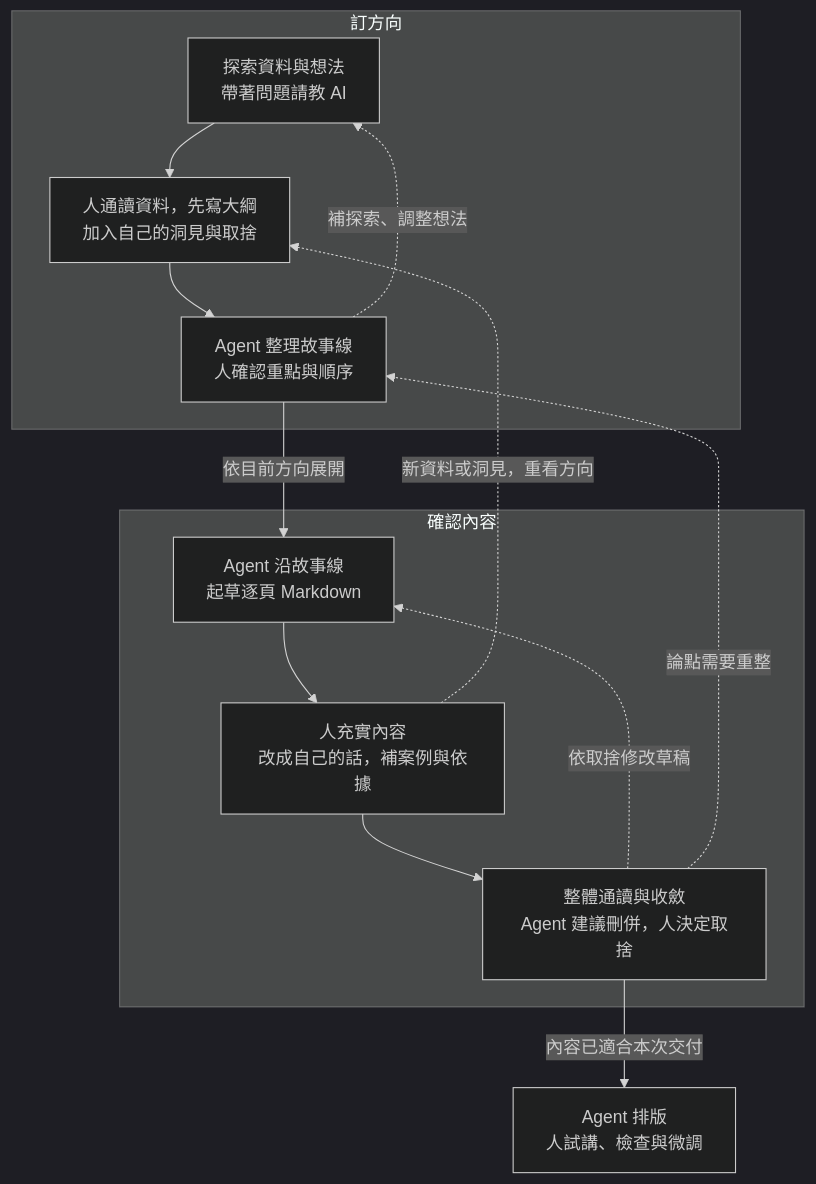
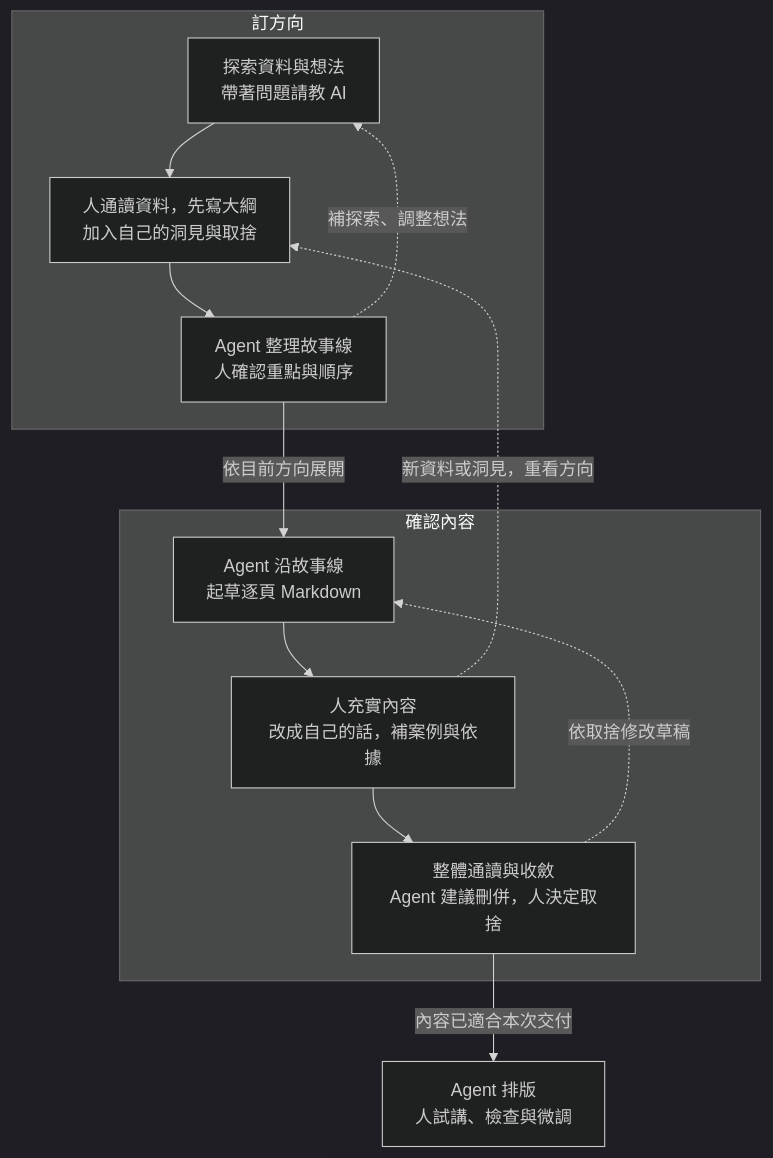
One commit to jimmy60504/agentic-knowledge-work changed the diagram in drafts/02-week2-presentation-lesson-plan.md. Above: the diagram before and after it, drawn with Mermaid (dark theme). The commit also changed other lines of this file and 1 other file, not shown here.

Commit message:
移除跨距過長的重整箭頭讓流程圖更清楚

````diff
--- a/drafts/02-week2-presentation-lesson-plan.md
+++ b/drafts/02-week2-presentation-lesson-plan.md
@@ -59,21 +59,20 @@
 ```mermaid
 flowchart TD
     subgraph direction_loop["訂方向"]
         A["探索資料與想法<br/>帶著問題請教 AI"] --> B["人通讀資料，先寫大綱<br/>加入自己的洞見與取捨"]
         B --> C["Agent 整理故事線<br/>人確認重點與順序"]
         C -. 補探索、調整想法 .-> A
     end
 
     C -->|依目前方向展開| D
 
     subgraph content_loop["確認內容"]
         D["Agent 沿故事線<br/>起草逐頁 Markdown"] --> E["人充實內容<br/>改成自己的話，補案例與依據"]
         E --> F["整體通讀與收斂<br/>Agent 建議刪併，人決定取捨"]
         F -. 依取捨修改草稿 .-> D
     end
 
     E -. 新資料或洞見，重看方向 .-> B
-    F -. 論點需要重整 .-> C
 
     F -->|內容已適合本次交付| G["Agent 排版<br/>人試講、檢查與微調"]
 ```
````
